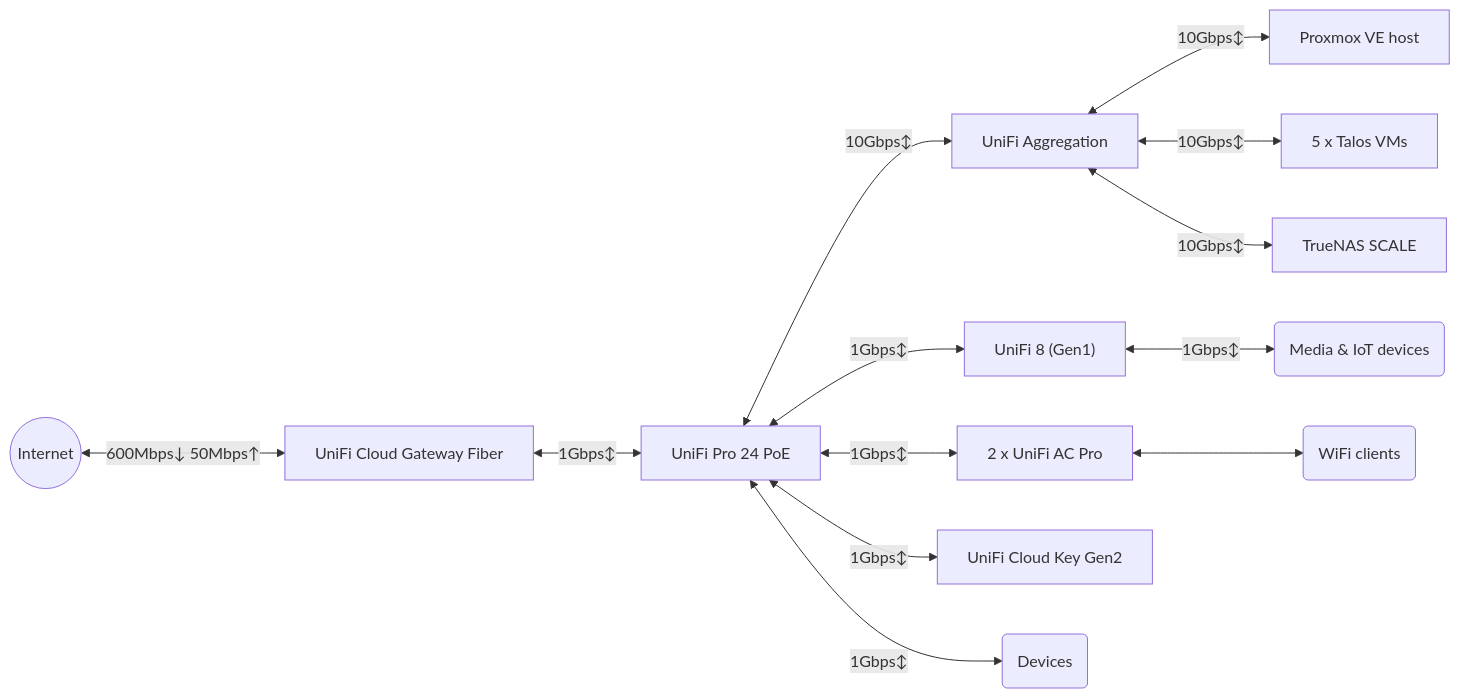
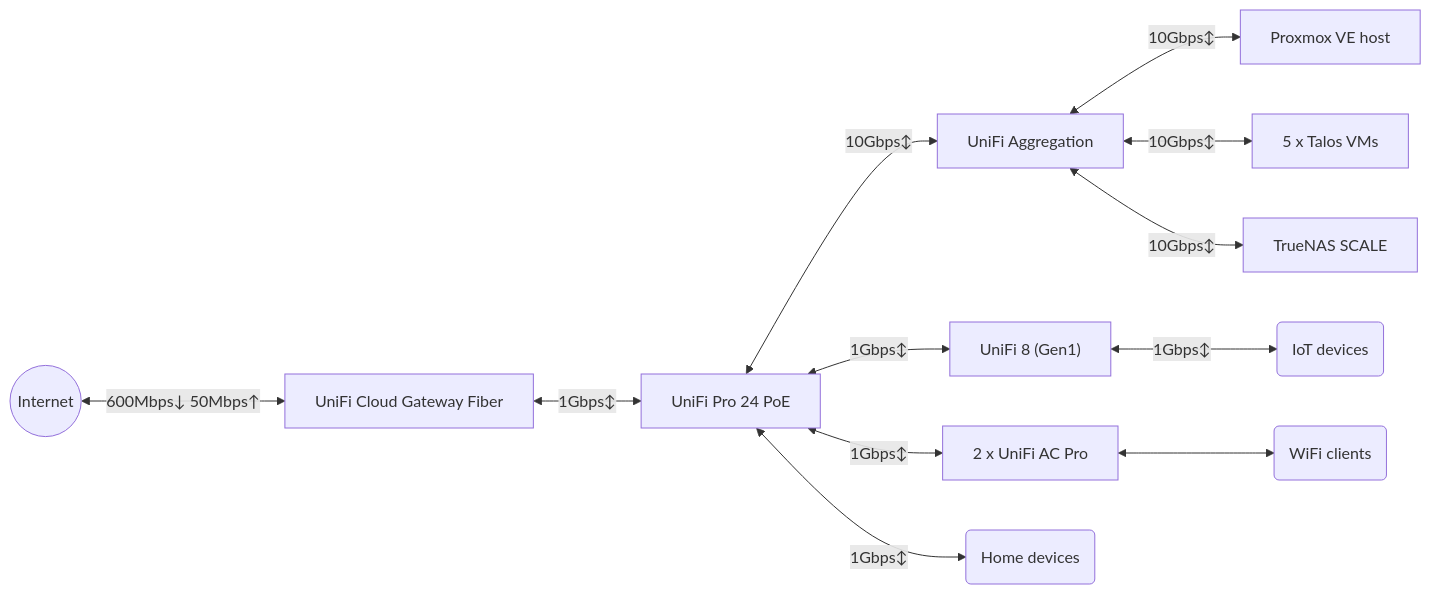
One commit to pwyde/home-ops changed the second of 2 diagrams in README.md. Above: the diagram before and after it, drawn with Mermaid. The commit also changed other lines of this file, not shown here.

Commit message:
chore: update readme file

````diff
--- a/README.md
+++ b/README.md
@@ -126,15 +126,14 @@
 ```mermaid
 graph LR;
   id1((Internet)) <-->|600Mbps↓ 50Mbps↑| id2[UniFi Cloud Gateway Fiber];
   id2 <-->|1Gbps↕| id3[UniFi Pro 24 PoE];
   id3 <-->|10Gbps↕| id4[UniFi Aggregation];
   id3 <-->|1Gbps↕| id5["UniFi 8 (Gen1)"];
   id3 <-->|1Gbps↕| id6[2 x UniFi AC Pro];
-  id3 <-->|1Gbps↕| id7[UniFi Cloud Key Gen2];
-  id3 <-->|1Gbps↕| id8(Devices);
-  id4 <-->|10Gbps↕| id9[Proxmox VE host];
-  id4 <-->|10Gbps↕| id10[5 x Talos VMs];
-  id4 <-->|10Gbps↕| id11[TrueNAS SCALE];
-  id5 <-->|1Gbps↕| id12(Media & IoT devices);
-  id6 <--> id13(WiFi clients);
+  id3 <-->|1Gbps↕| id7(Home devices);
+  id4 <-->|10Gbps↕| id8[Proxmox VE host];
+  id4 <-->|10Gbps↕| id9[5 x Talos VMs];
+  id4 <-->|10Gbps↕| id10[TrueNAS SCALE];
+  id5 <-->|1Gbps↕| id11(IoT devices);
+  id6 <--> id12(WiFi clients);
 ```
````
